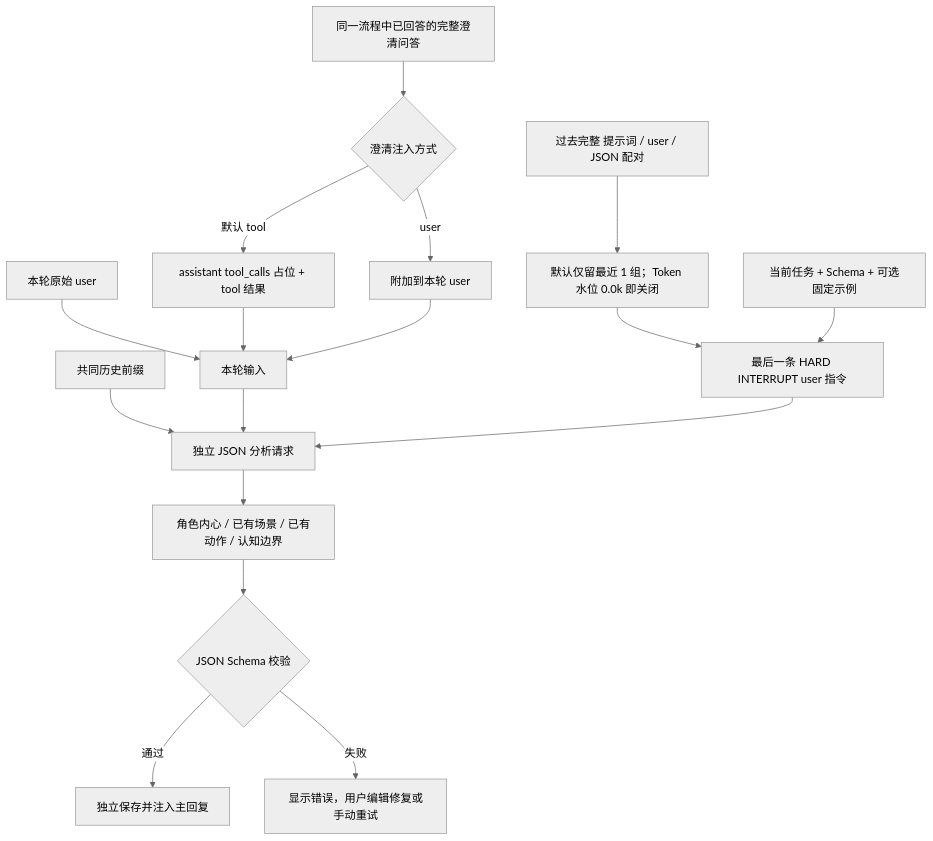
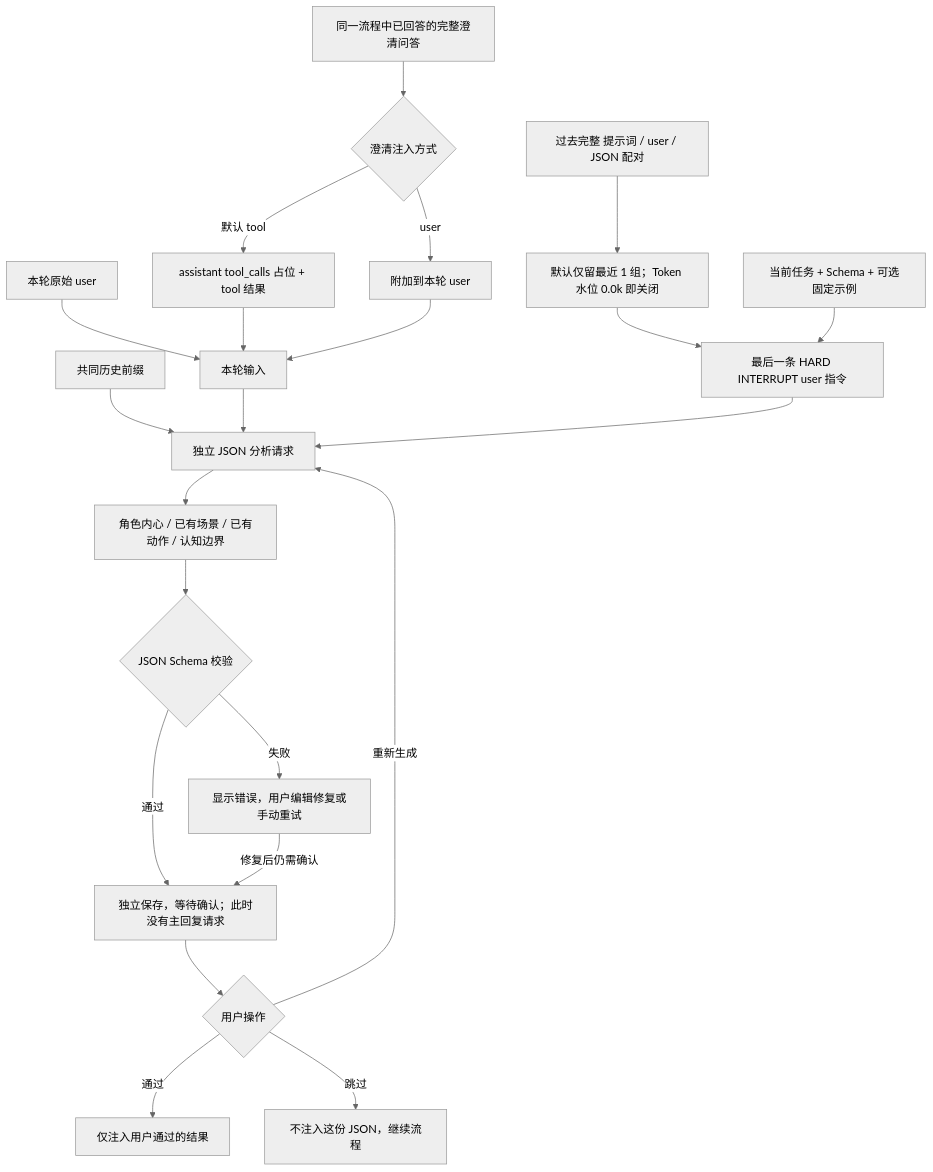
Before and after one commit to ccawmiku/workers-chat: the third of 7 diagrams in docs/PLUGINS.md, drawn with Mermaid (neutral theme). The commit also changed other lines of this file and 17 other files, not shown here.

````diff
--- a/docs/PLUGINS.md
+++ b/docs/PLUGINS.md
@@ -88,19 +91,24 @@
 ```mermaid
 flowchart TD
     H[共同历史前缀] --> Request[独立 JSON 分析请求]
     U[本轮原始 user] --> Context[本轮输入]
     Q[同一流程中已回答的完整澄清问答] --> Mode{澄清注入方式}
     Mode -->|默认 tool| Tool[assistant tool_calls 占位 + tool 结果]
     Mode -->|user| Append[附加到本轮 user]
     Tool --> Context
     Append --> Context
     Context --> Request
     Old[过去完整 提示词 / user / JSON 配对] --> Limit[默认仅留最近 1 组；Token 水位 0.0k 即关闭]
     Limit --> Tail[最后一条 HARD INTERRUPT user 指令]
     Prompt[当前任务 + Schema + 可选固定示例] --> Tail
     Tail --> Request
     Request --> Result[角色内心 / 已有场景 / 已有动作 / 认知边界]
     Result --> Validate{JSON Schema 校验}
-    Validate -->|通过| Store[独立保存并注入主回复]
+    Validate -->|通过| Store[独立保存，等待确认；此时没有主回复请求]
+    Store --> Choice{用户操作}
+    Choice -->|重新生成| Request
+    Choice -->|通过| Inject[仅注入用户通过的结果]
+    Choice -->|跳过| Skip[不注入这份 JSON，继续流程]
     Validate -->|失败| Fix[显示错误，用户编辑修复或手动重试]
+    Fix -->|修复后仍需确认| Store
 ```
````
